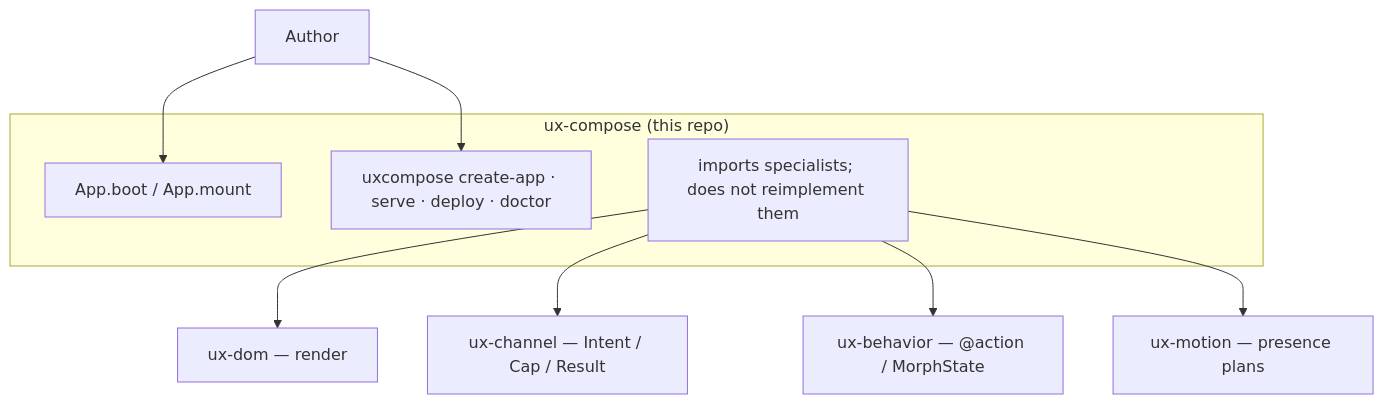
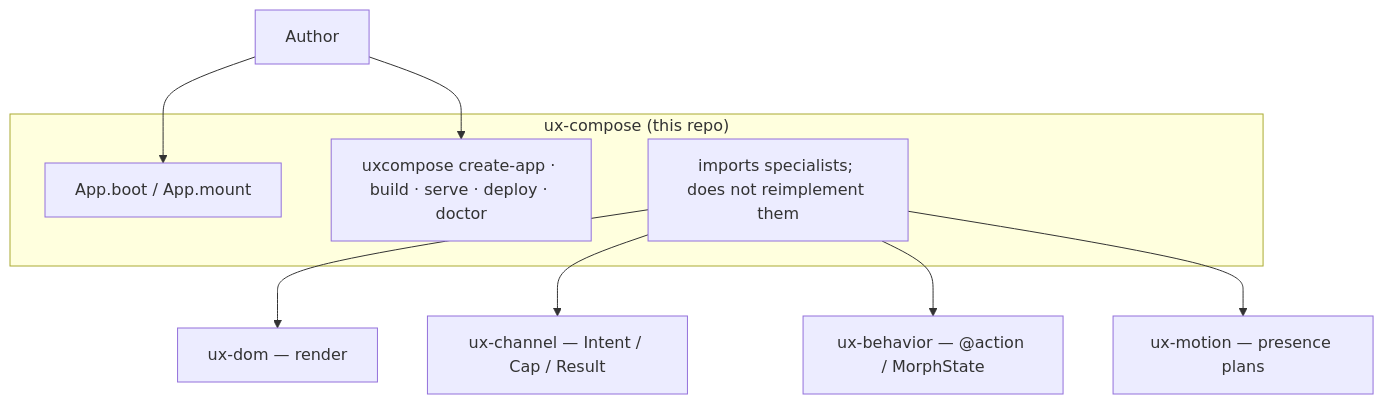
One commit to bitplorer/ux-compose changed the diagram in docs/internals/c4.md. Above: the diagram before and after it, drawn with Mermaid. The commit also changed 26 other files, not shown here.

First line of the commit message:
feat(cli): complete product path — teaching surface + uxcompose build

````diff
--- a/docs/internals/c4.md
+++ b/docs/internals/c4.md
@@ -11,19 +11,19 @@
 ```mermaid
 flowchart TB
   Author[Author]
   subgraph this["ux-compose (this repo)"]
     App["App.boot / App.mount"]
-    CLI["uxcompose create-app · serve · deploy · doctor"]
+    CLI["uxcompose create-app · build · serve · deploy · doctor"]
     Wrap["imports specialists; does not reimplement them"]
   end
   Dom["ux-dom — render"]
   Channel["ux-channel — Intent / Cap / Result"]
   Behavior["ux-behavior — @action / MorphState"]
   Motion["ux-motion — presence plans"]
   Author --> App
   Author --> CLI
   Wrap --> Dom
   Wrap --> Channel
   Wrap --> Behavior
   Wrap --> Motion
 ```
````
